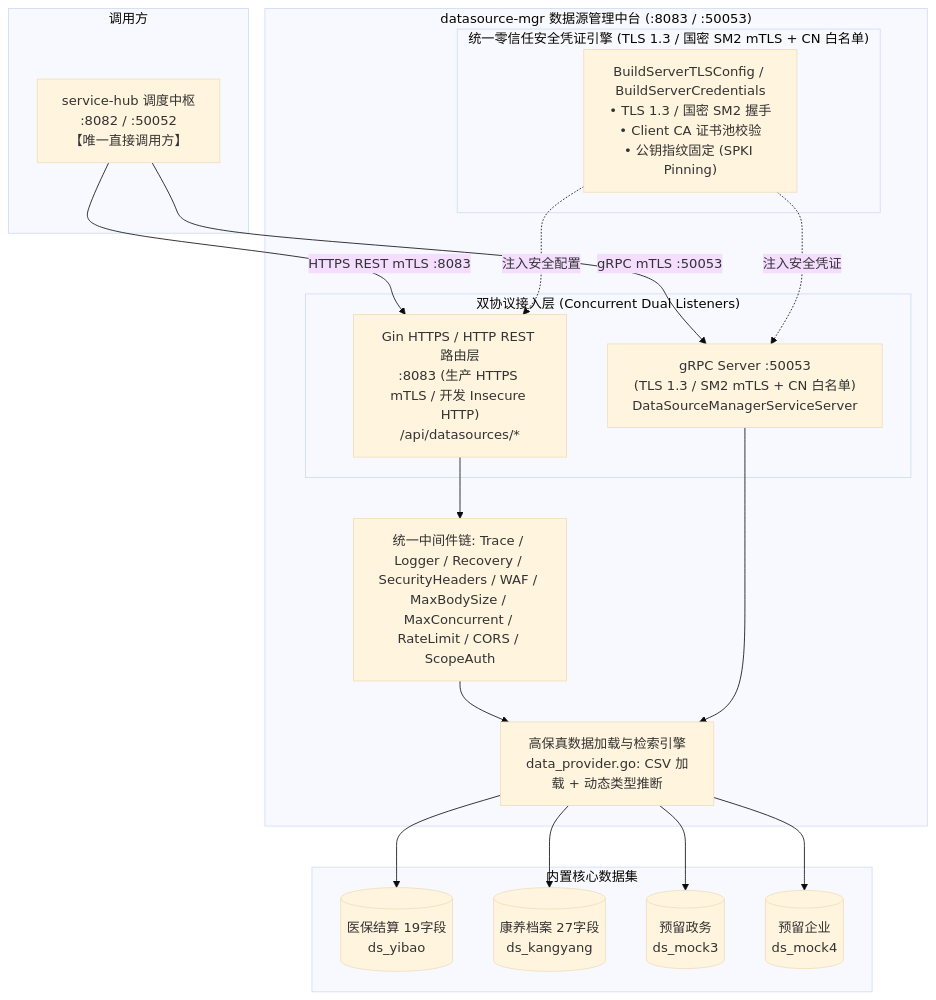
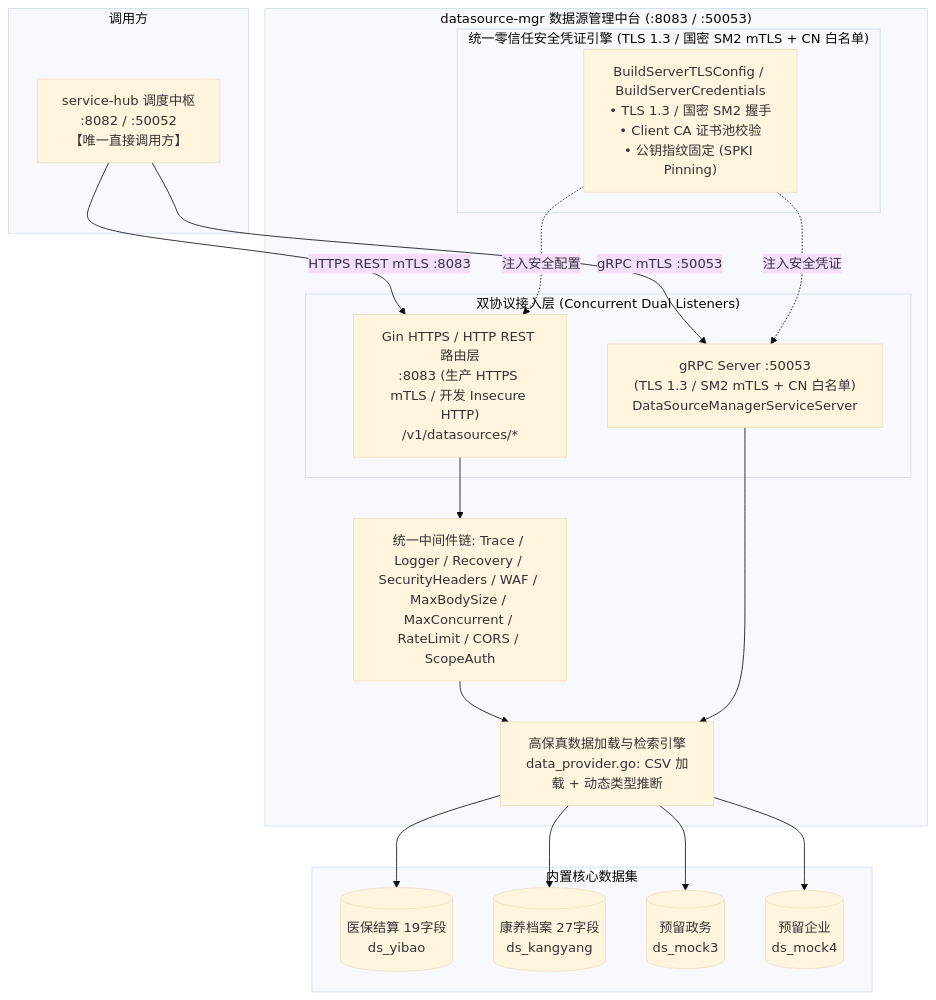
Before and after one commit to fengzhizi319/PrivShield-go: the diagram in services/datasource-mgr/docs/learning-guide.md, drawn with Mermaid (base theme). The commit also changed other lines of this file and 162 other files, not shown here.

First line of the commit message:
refactor(all): 全栈 REST 路由前缀统一为 /v1，移除 /api 段

````diff
--- a/services/datasource-mgr/docs/learning-guide.md
+++ b/services/datasource-mgr/docs/learning-guide.md
@@ -67,43 +67,43 @@
 ```mermaid
 flowchart TB
     subgraph UpstreamConsumers [调用方]
         ServiceHub[service-hub 调度中枢<br/>:8082 / :50052<br/>【唯一直接调用方】]
     end
 
     subgraph DSMgrService ["datasource-mgr 数据源管理中台 (:8083 / :50053)"]
         subgraph SecurityEngine ["统一零信任安全凭证引擎 (TLS 1.3 / 国密 SM2 mTLS + CN 白名单)"]
             TLSBuilder["BuildServerTLSConfig / BuildServerCredentials<br/>• TLS 1.3 / 国密 SM2 握手<br/>• Client CA 证书池校验<br/>• 公钥指纹固定 (SPKI Pinning)"]
         end
 
         subgraph ProtocolLayers ["双协议接入层 (Concurrent Dual Listeners)"]
-            GinHTTPS["Gin HTTPS / HTTP REST 路由层<br/>:8083 (生产 HTTPS mTLS / 开发 Insecure HTTP)<br/>/api/datasources/*"]
+            GinHTTPS["Gin HTTPS / HTTP REST 路由层<br/>:8083 (生产 HTTPS mTLS / 开发 Insecure HTTP)<br/>/v1/datasources/*"]
             GRPCSrv["gRPC Server :50053<br/>(TLS 1.3 / SM2 mTLS + CN 白名单)<br/>DataSourceManagerServiceServer"]
         end
 
         MWStack[统一中间件链: Trace / Logger / Recovery / SecurityHeaders / WAF / MaxBodySize / MaxConcurrent / RateLimit / CORS / ScopeAuth]
 
         DataEngine[高保真数据加载与检索引擎<br/>data_provider.go: CSV 加载 + 动态类型推断]
     end
 
     subgraph Datasets [内置核心数据集]
         DS1[(医保结算 19字段<br/>ds_yibao)]
         DS2[(康养档案 27字段<br/>ds_kangyang)]
         DS3[(预留政务<br/>ds_mock3)]
         DS4[(预留企业<br/>ds_mock4)]
     end
 
     ServiceHub -->|HTTPS REST mTLS :8083| GinHTTPS
     ServiceHub -->|gRPC mTLS :50053| GRPCSrv
 
     TLSBuilder -.->|注入安全配置| GinHTTPS
     TLSBuilder -.->|注入安全凭证| GRPCSrv
 
     GinHTTPS --> MWStack
     MWStack --> DataEngine
     GRPCSrv --> DataEngine
 
     DataEngine --> DS1
     DataEngine --> DS2
     DataEngine --> DS3
     DataEngine --> DS4
 ```
````
